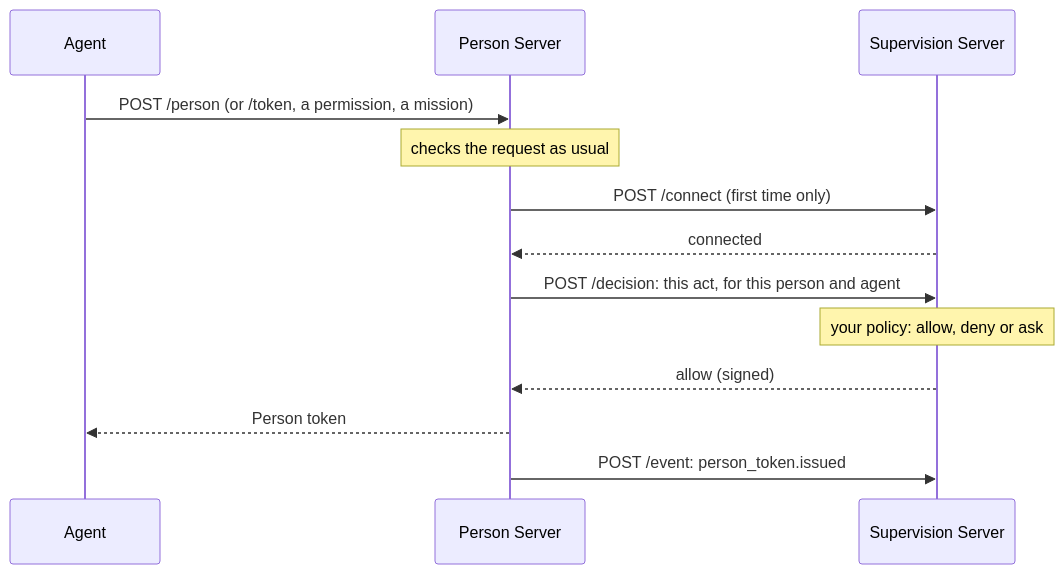
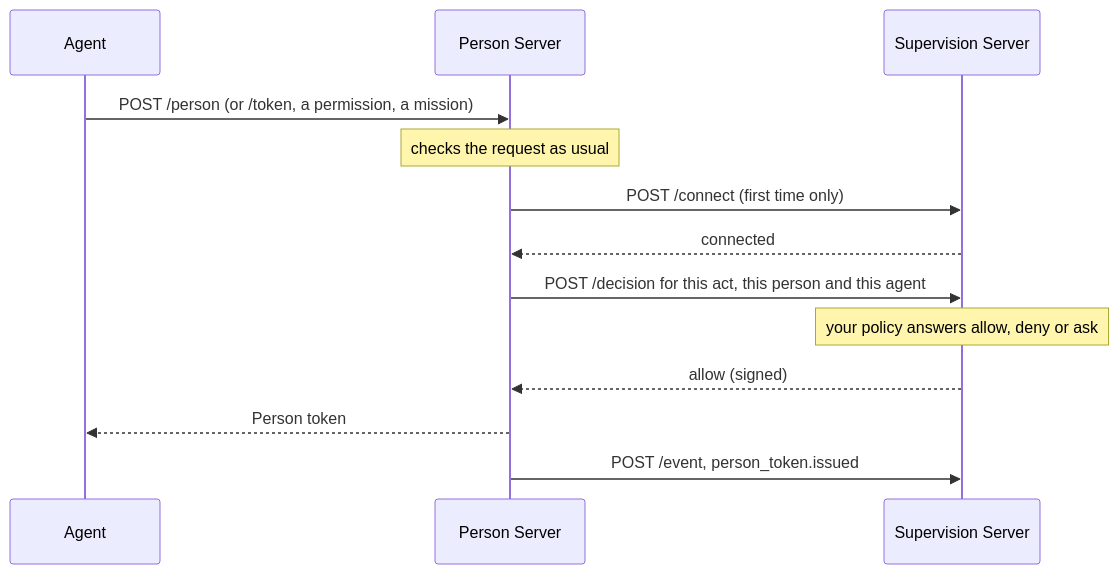
The diagram in docs/roles/supervision-server.md (sidecat-dev/aauth-rust), drawn with Mermaid before and after one commit. The commit also changed 14 other files, not shown here.

First line of the commit message:
docs: make every mermaid diagram render on GitLab

````diff
--- a/docs/roles/supervision-server.md
+++ b/docs/roles/supervision-server.md
@@ -23,15 +23,15 @@
 ```mermaid
 sequenceDiagram
     participant Agent
     participant PS as Person Server
     participant SS as Supervision Server
-    Agent->>PS: POST /person (or /token, a permission, a mission)
-    Note over PS: checks the request as usual
-    PS->>SS: POST /connect (first time only)
-    SS-->>PS: connected
-    PS->>SS: POST /decision: this act, for this person and agent
-    Note over SS: your policy: allow, deny or ask
-    SS-->>PS: allow (signed)
-    PS-->>Agent: Person token
-    PS->>SS: POST /event: person_token.issued
+    Agent->>PS : POST /person (or /token, a permission, a mission)
+    Note over PS : checks the request as usual
+    PS->>SS : POST /connect (first time only)
+    SS-->>PS : connected
+    PS->>SS : POST /decision for this act, this person and this agent
+    Note over SS : your policy answers allow, deny or ask
+    SS-->>PS : allow (signed)
+    PS-->>Agent : Person token
+    PS->>SS : POST /event, person_token.issued
 ```
````
